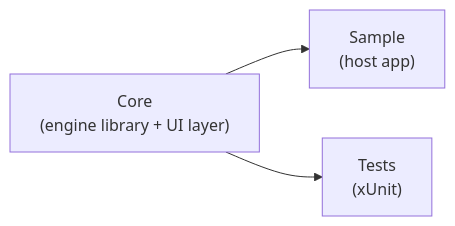
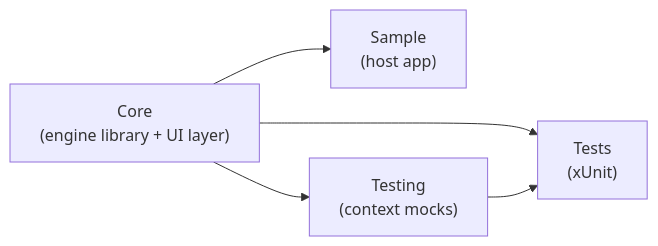
One commit to Blue-Heighliner/Comlink changed the first of 5 diagrams in Docs/Architecture.md. Above: the diagram before and after it, drawn with Mermaid. The commit also changed other lines of this file and 205 other files, not shown here.

````diff
--- a/Docs/Architecture.md
+++ b/Docs/Architecture.md
@@ -11,8 +12,11 @@
 ```mermaid
 graph LR
     Core["Core\n(engine library + UI layer)"]
     Sample["Sample\n(host app)"]
+    Testing["Testing\n(context mocks)"]
     Tests["Tests\n(xUnit)"]
     Core --> Sample
+    Core --> Testing
     Core --> Tests
+    Testing --> Tests
 ```
````
